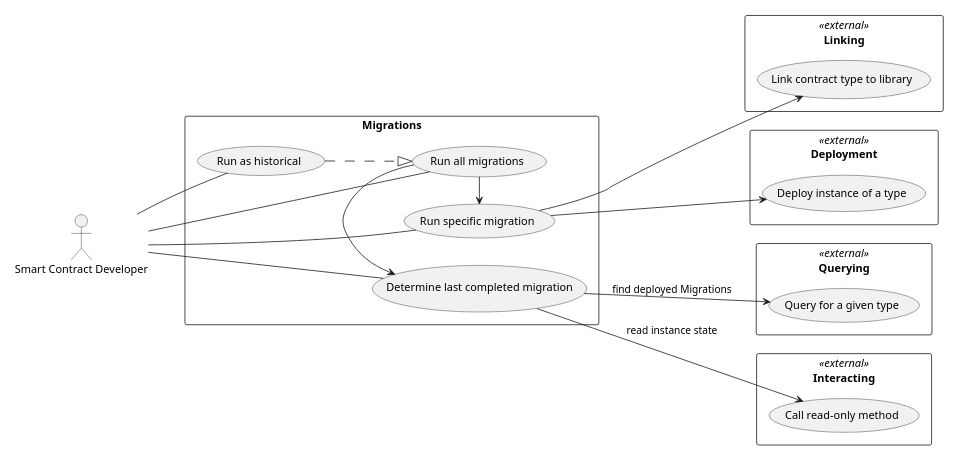
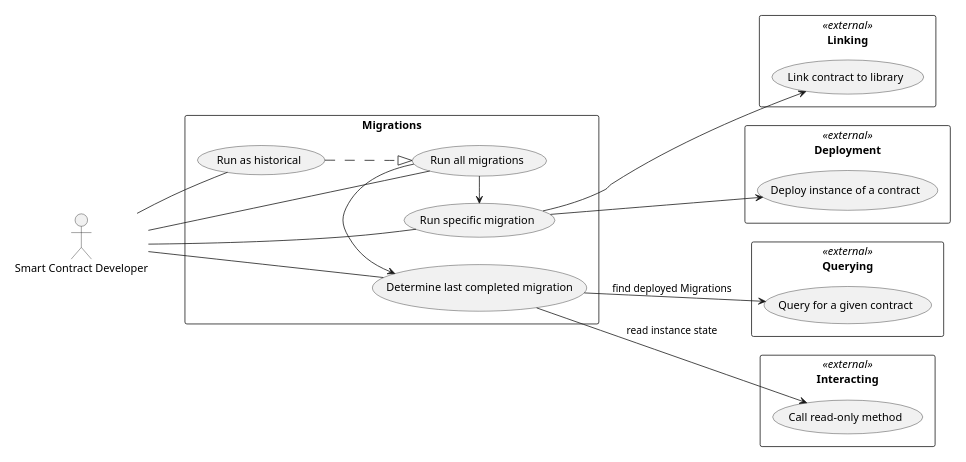
One commit to trufflesuite/artifact-updates changed the eighth of 9 diagrams in docs/requirements/truffle.rst. Above: the diagram before and after it, drawn with PlantUML. The commit also changed other lines of this file and 4 other files, not shown here.

Commit message:
Update glossary to include additional parts of data model, and remove contract type since no longer relevant

```diff
--- a/docs/requirements/truffle.rst
+++ b/docs/requirements/truffle.rst
@@ -472,47 +472,47 @@
 .. uml::
 
   scale 0.55
   left to right direction
 
   :Smart Contract Developer: as :Developer:
 
   rectangle Querying << external >> {
-    (Query for a given type) as (QueryType)
+    (Query for a given contract) as (QueryContract)
   }
 
   rectangle Interacting << external >> {
     (Call read-only method) as (Call)
   }
 
   rectangle Linking << external >> {
-    (Link contract type to library) as (LinkType)
+    (Link contract to library) as (LinkContract)
   }
 
   rectangle Deployment << external >> {
-    (Deploy instance of a type) as (DeployInstance)
+    (Deploy instance of a contract) as (DeployInstance)
   }
 
   rectangle Migrations {
     (Run all migrations) as (RunMigrations)
     (Run specific migration) as (RunSpecific)
     (Run as historical) as (RunHistorical)
     (Determine last completed migration) as (DetermineLastCompleted)
 
 
     RunHistorical ..|> RunMigrations
 
     RunMigrations -right-> RunSpecific
     RunMigrations -left-> DetermineLastCompleted
 
-    DetermineLastCompleted -down-> QueryType : find deployed Migrations
+    DetermineLastCompleted -down-> QueryContract : find deployed Migrations
     DetermineLastCompleted -down-> Call : read instance state
     RunSpecific -down-> DeployInstance
-    RunSpecific -down-> LinkType
+    RunSpecific -down-> LinkContract
 
 
   }
 
   Developer -- RunMigrations
   Developer -- RunSpecific
   Developer -- RunHistorical
   Developer -- DetermineLastCompleted
```
